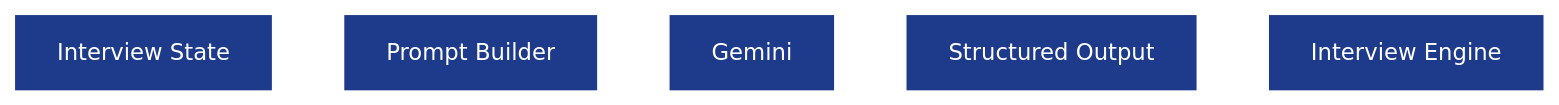
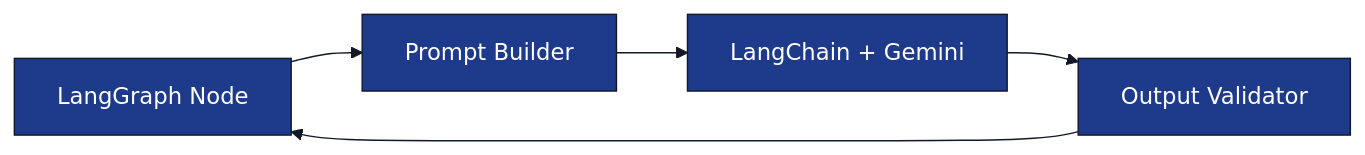
Before and after one commit to Veeru123456778/ai-interview-service: the diagram in docs/tech-spec/11_prompt_architecture.md, drawn with Mermaid. The commit also changed other lines of this file, not shown here.

Commit message:
fixes the prompt architecture of the agent

````diff
--- a/docs/tech-spec/11_prompt_architecture.md
+++ b/docs/tech-spec/11_prompt_architecture.md
@@ -100,34 +95,32 @@
 ```mermaid
 %%{init:{
   "theme":"base",
   "themeVariables":{
-    "background":"#0F172A",
+    "background":"#FFFFFF",
     "primaryColor":"#1E3A8A",
     "primaryTextColor":"#FFFFFF",
-    "primaryBorderColor":"#FFFFFF",
+    "primaryBorderColor":"#111827",
     "secondaryColor":"#2563EB",
     "secondaryTextColor":"#FFFFFF",
-    "tertiaryColor":"#1E293B",
-    "lineColor":"#FFFFFF",
-    "fontFamily":"Inter",
-    "edgeLabelBackground":"#0F172A"
+    "tertiaryColor":"#DBEAFE",
+    "lineColor":"#111827",
+    "edgeLabelBackground":"#FFFFFF",
+    "fontFamily":"Inter"
   }
 }}%%
 
 flowchart LR
 
-    STATE["Interview State"]
+    NODE["LangGraph Node"]
 
-    PROMPT["Prompt Builder"]
+    BUILDER["Prompt Builder"]
 
-    GEMINI["Gemini"]
+    PROVIDER["LangChain + Gemini"]
 
-    JSON["Structured Output"]
+    VALIDATOR["Output Validator"]
 
-    BACKEND["Interview Engine"]
-
-    STATE --> PROMPT
-    PROMPT --> GEMINI
-    GEMINI --> JSON
-    JSON --> BACKEND
+    NODE --> BUILDER
+    BUILDER --> PROVIDER
+    PROVIDER --> VALIDATOR
+    VALIDATOR --> NODE
 ```
````
